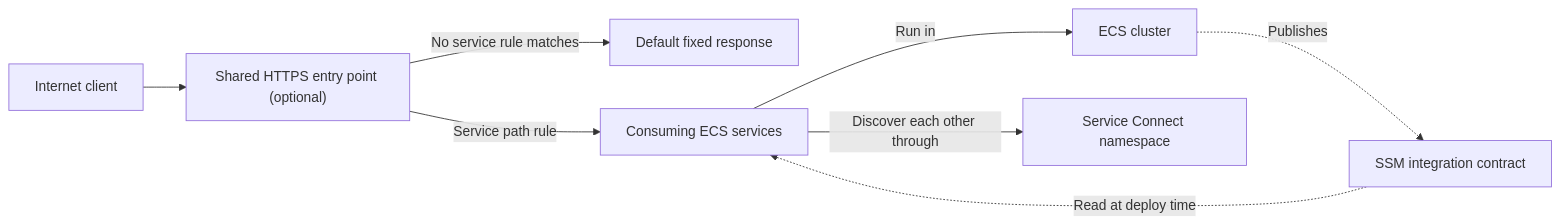
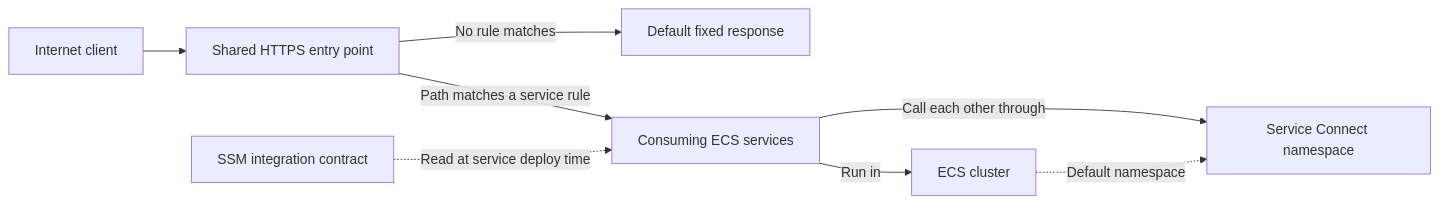
The first of 8 diagrams in cluster/skeleton/docs/handbook/04-architecture.md (ServerlessOpsIO/backstage-aws-sam-ecs-template), drawn with Mermaid before and after one commit. The commit also changed other lines of this file and 7 other files, not shown here.

````diff
--- a/cluster/skeleton/docs/handbook/04-architecture.md
+++ b/cluster/skeleton/docs/handbook/04-architecture.md
@@ -22,18 +31,18 @@
 ```mermaid
 flowchart LR
     Client["Internet client"]
-    Entry["Shared HTTPS entry point (optional)"]
+    Entry["Shared HTTPS entry point"]
     Default["Default fixed response"]
+    Services["Consuming ECS services"]
     Cluster["ECS cluster"]
     Namespace["Service Connect namespace"]
     Contract["SSM integration contract"]
-    Services["Consuming ECS services"]
 
     Client --> Entry
-    Entry -->|"No service rule matches"| Default
-    Entry -->|"Service path rule"| Services
+    Entry -->|"Path matches a service rule"| Services
+    Entry -->|"No rule matches"| Default
     Services -->|"Run in"| Cluster
-    Services -->|"Discover each other through"| Namespace
-    Contract -.->|"Read at deploy time"| Services
-    Cluster -.->|"Publishes"| Contract
+    Services -->|"Call each other through"| Namespace
+    Cluster -.->|"Default namespace"| Namespace
+    Contract -.->|"Read at service deploy time"| Services
 ```
````
